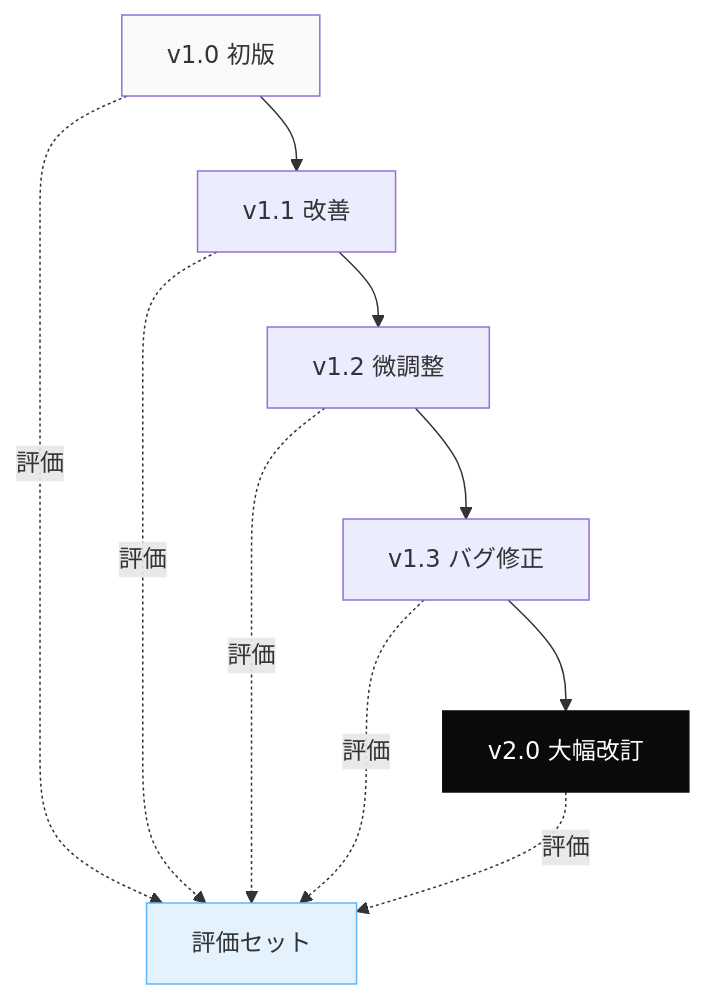
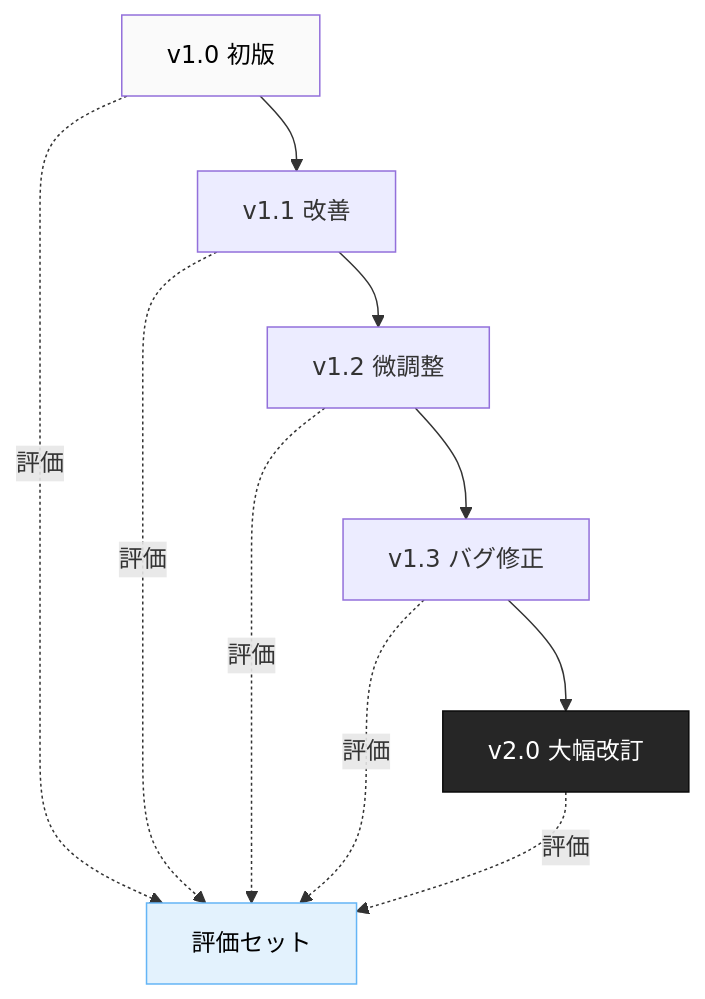
The first of 2 diagrams in docs/techniques/プロンプトのバージョン管理とデプロイ戦略.md (dinekt/dinekt-wiki), drawn with Mermaid before and after one commit. The commit also changed other lines of this file and 71 other files, not shown here.

First line of the commit message:
fix: mermaid readability + remove GitHub repo toolbar

````diff
--- a/docs/techniques/プロンプトのバージョン管理とデプロイ戦略.md
+++ b/docs/techniques/プロンプトのバージョン管理とデプロイ戦略.md
@@ -23,17 +23,17 @@
 ```mermaid
 flowchart TD
     V1[v1.0 初版] --> V11[v1.1 改善]
     V11 --> V12[v1.2 微調整]
     V12 --> V13[v1.3 バグ修正]
     V13 --> V2[v2.0 大幅改訂]
 
     V1 -.評価.-> E[評価セット]
     V11 -.評価.-> E
     V12 -.評価.-> E
     V13 -.評価.-> E
     V2 -.評価.-> E
 
-    style V1 fill:#fafafa
-    style V2 fill:#0a0a0a,color:#fff,stroke:#0a0a0a
-    style E fill:#e3f2fd,stroke:#64b5f6
+    style V1 fill:#fafafa,color:#000
+    style V2 fill:#262626,color:#fff,stroke:#0a0a0a
+    style E fill:#e3f2fd,stroke:#64b5f6,color:#000
 ```
````
